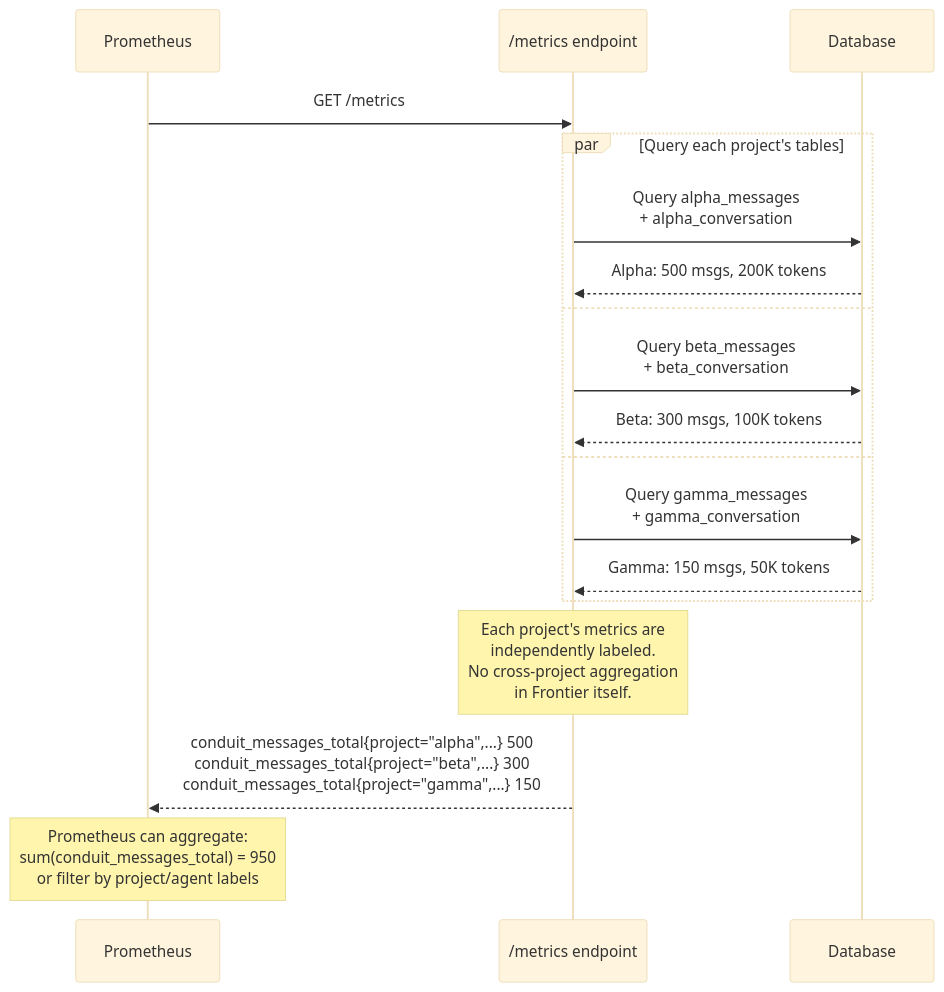
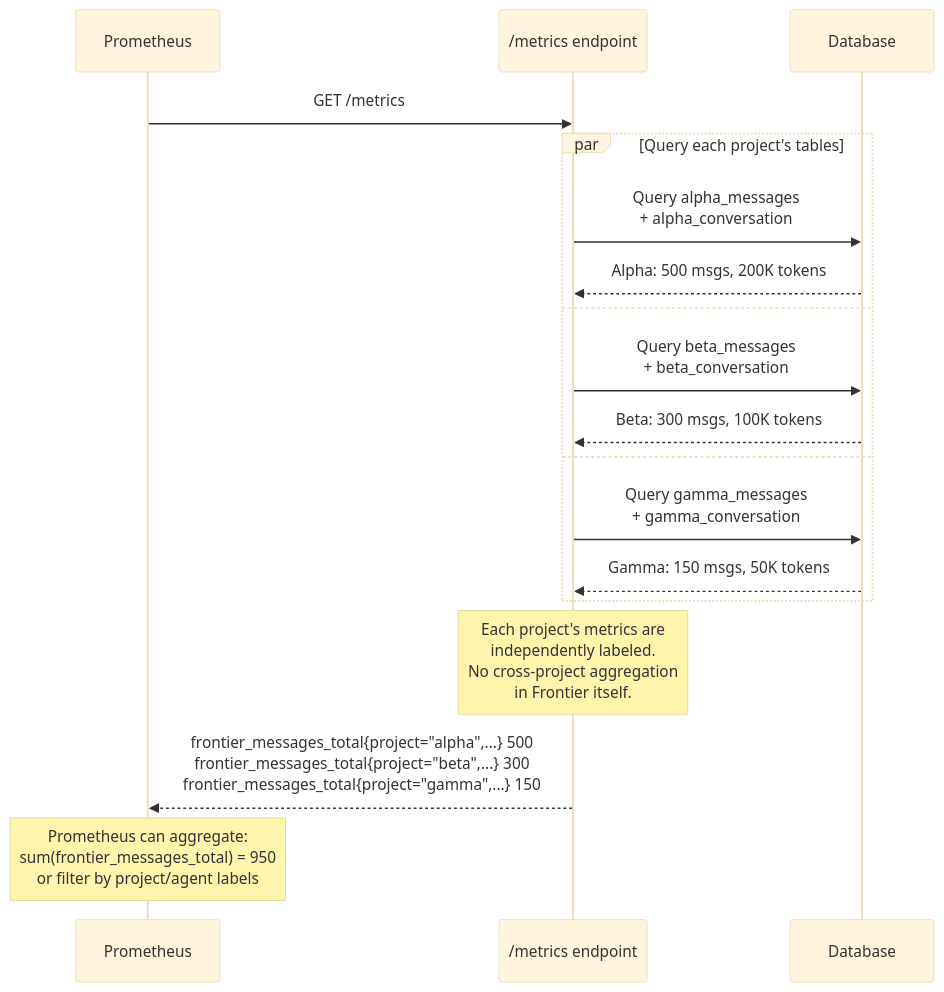
One commit to sweiyang/frontier changed the sixth of 8 diagrams in docs/feature/metrics-tracking-feature.md. Above: the diagram before and after it, drawn with Mermaid (base theme). The commit also changed other lines of this file and 35 other files, not shown here.

````diff
--- a/docs/feature/metrics-tracking-feature.md
+++ b/docs/feature/metrics-tracking-feature.md
@@ -396,25 +396,25 @@
 ```mermaid
 sequenceDiagram
     participant P as Prometheus
     participant B as /metrics endpoint
     participant DB as Database
 
     P->>B: GET /metrics
 
     par Query each project's tables
         B->>DB: Query alpha_messages<br/>+ alpha_conversation
         DB-->>B: Alpha: 500 msgs, 200K tokens
     and
         B->>DB: Query beta_messages<br/>+ beta_conversation
         DB-->>B: Beta: 300 msgs, 100K tokens
     and
         B->>DB: Query gamma_messages<br/>+ gamma_conversation
         DB-->>B: Gamma: 150 msgs, 50K tokens
     end
 
     Note over B: Each project's metrics are<br/>independently labeled.<br/>No cross-project aggregation<br/>in Frontier itself.
 
-    B-->>P: conduit_messages_total{project="alpha",...} 500<br/>conduit_messages_total{project="beta",...} 300<br/>conduit_messages_total{project="gamma",...} 150
+    B-->>P: frontier_messages_total{project="alpha",...} 500<br/>frontier_messages_total{project="beta",...} 300<br/>frontier_messages_total{project="gamma",...} 150
 
-    Note over P: Prometheus can aggregate:<br/>sum(conduit_messages_total) = 950<br/>or filter by project/agent labels
+    Note over P: Prometheus can aggregate:<br/>sum(frontier_messages_total) = 950<br/>or filter by project/agent labels
 ```
````
